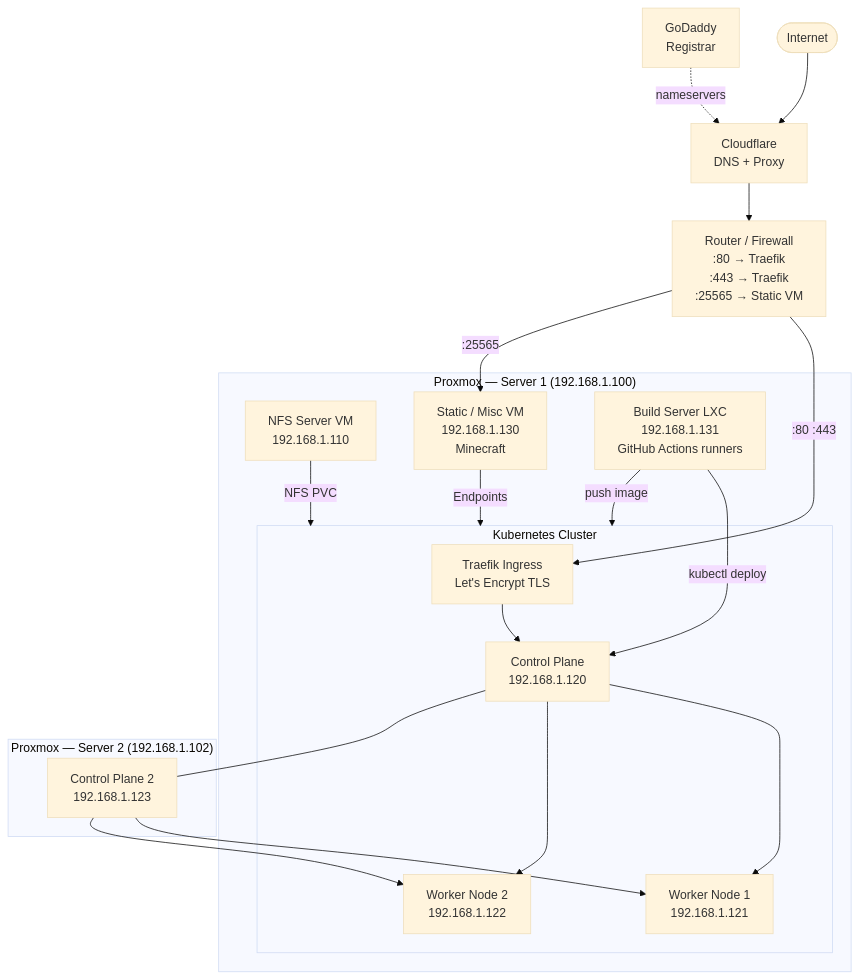
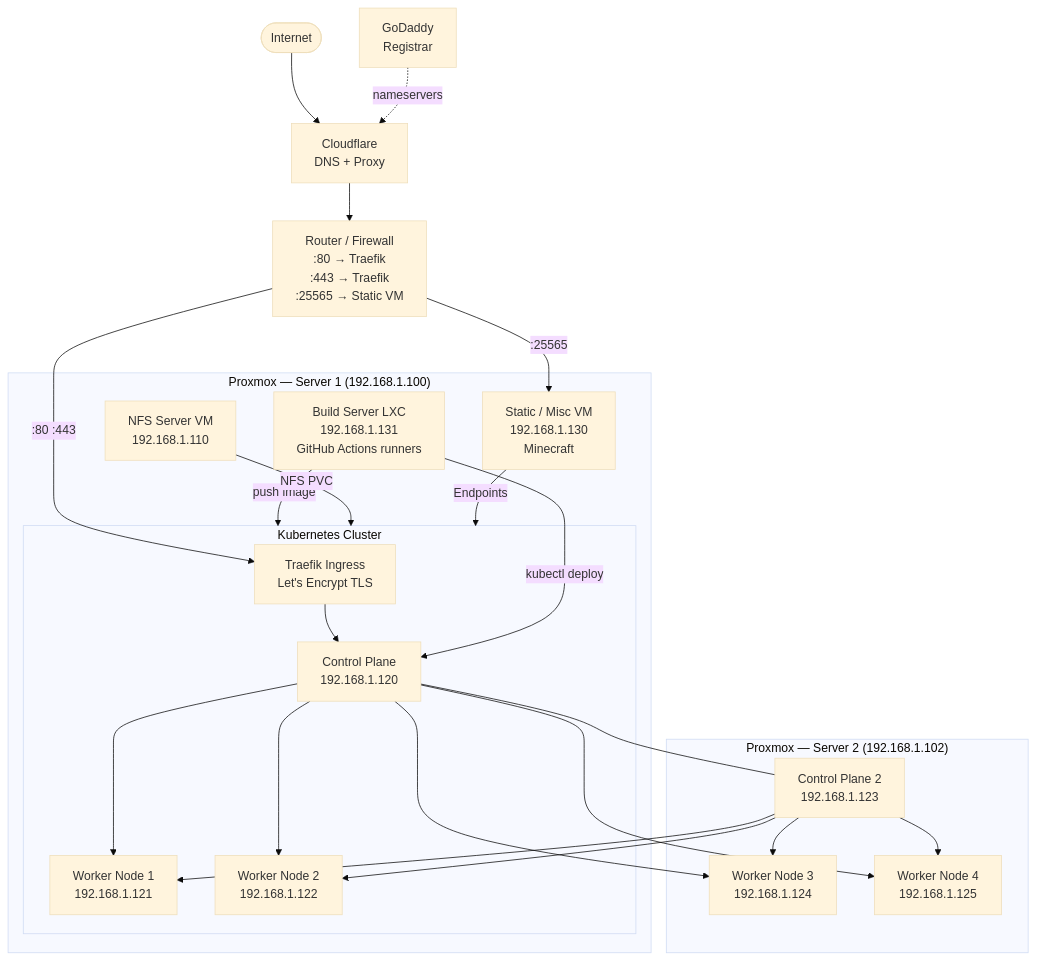
Before and after one commit to Ramphy0x90/r16a-infra: the diagram in README.md, drawn with Mermaid (base theme). The commit also changed other lines of this file and 3 other files, not shown here.

````diff
--- a/README.md
+++ b/README.md
@@ -39,42 +39,48 @@
 ```mermaid
 graph TD
     Internet([Internet])
     CF[Cloudflare<br>DNS + Proxy]
     GD[GoDaddy<br>Registrar]
     Router[Router / Firewall<br>:80 → Traefik<br>:443 → Traefik<br>:25565 → Static VM]
 
     Internet --> CF
     GD -.->|nameservers| CF
     CF --> Router
 
     subgraph Proxmox ["Proxmox — Server 1 (192.168.1.100)"]
         NFS[NFS Server VM<br>192.168.1.110]
         StaticVM[Static / Misc VM<br>192.168.1.130<br>Minecraft]
         BuildLXC[Build Server LXC<br>192.168.1.131<br>GitHub Actions runners]
 
         subgraph K8S ["Kubernetes Cluster"]
             Traefik[Traefik Ingress<br>Let's Encrypt TLS]
             CP[Control Plane<br>192.168.1.120]
             W1[Worker Node 1<br>192.168.1.121]
             W2[Worker Node 2<br>192.168.1.122]
             Traefik --> CP
             CP --> W1
             CP --> W2
         end
     end
 
     subgraph Proxmox2 ["Proxmox — Server 2 (192.168.1.102)"]
         CP2[Control Plane 2<br>192.168.1.123]
+        W3[Worker Node 3<br>192.168.1.124]
+        W4[Worker Node 4<br>192.168.1.125]
     end
 
     CP --- CP2
     CP2 --> W1
     CP2 --> W2
+    CP --> W3
+    CP --> W4
+    CP2 --> W3
+    CP2 --> W4
 
     Router -->|:80 :443| Traefik
     Router -->|:25565| StaticVM
     BuildLXC -->|kubectl deploy| CP
     BuildLXC -->|push image| K8S
     NFS -->|NFS PVC| K8S
     StaticVM -->|Endpoints| K8S
 ```
````
